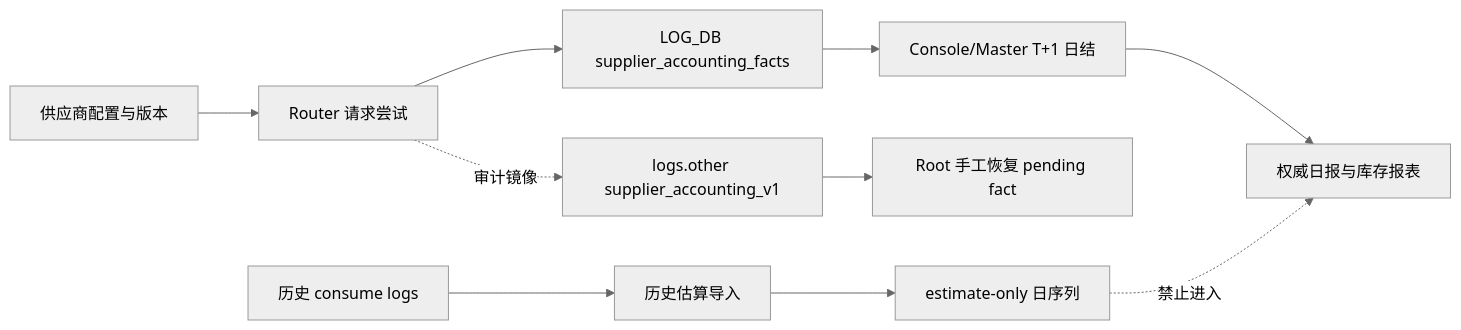
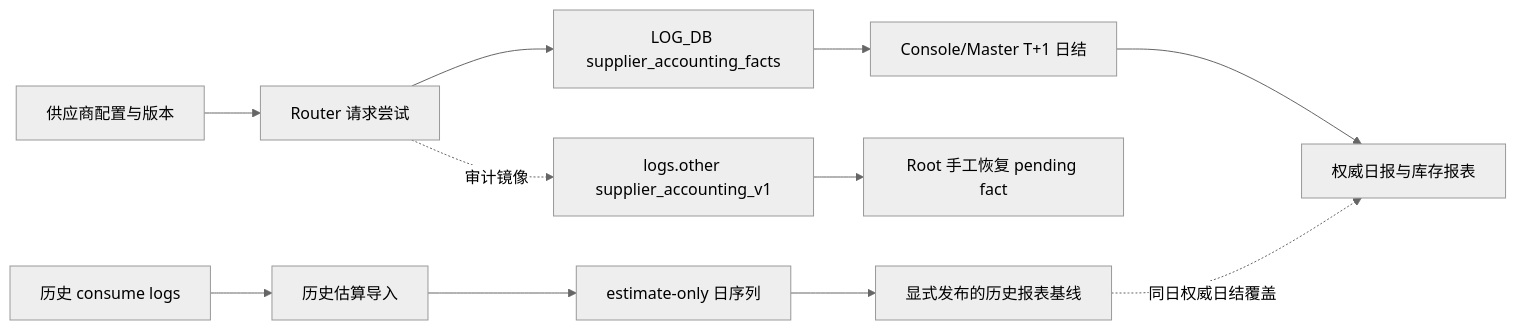
One commit to SolveaCX/new-api changed the diagram in docs/supplier-supply-chain-v1.md. Above: the diagram before and after it, drawn with Mermaid (neutral theme). The commit also changed other lines of this file and 35 other files, not shown here.

````diff
--- a/docs/supplier-supply-chain-v1.md
+++ b/docs/supplier-supply-chain-v1.md
@@ -30,14 +30,15 @@
 ```mermaid
 flowchart LR
     A[供应商配置与版本] --> B[Router 请求尝试]
     B --> C[LOG_DB supplier_accounting_facts]
     C --> D[Console/Master T+1 日结]
     D --> E[权威日报与库存报表]
 
     B -.审计镜像.-> F[logs.other supplier_accounting_v1]
     F --> G[Root 手工恢复 pending fact]
 
     H[历史 consume logs] --> I[历史估算导入]
     I --> J[estimate-only 日序列]
-    J -.禁止进入.-> E
+    J --> K[显式发布的历史报表基线]
+    K -.同日权威日结覆盖.-> E
 ```
````
